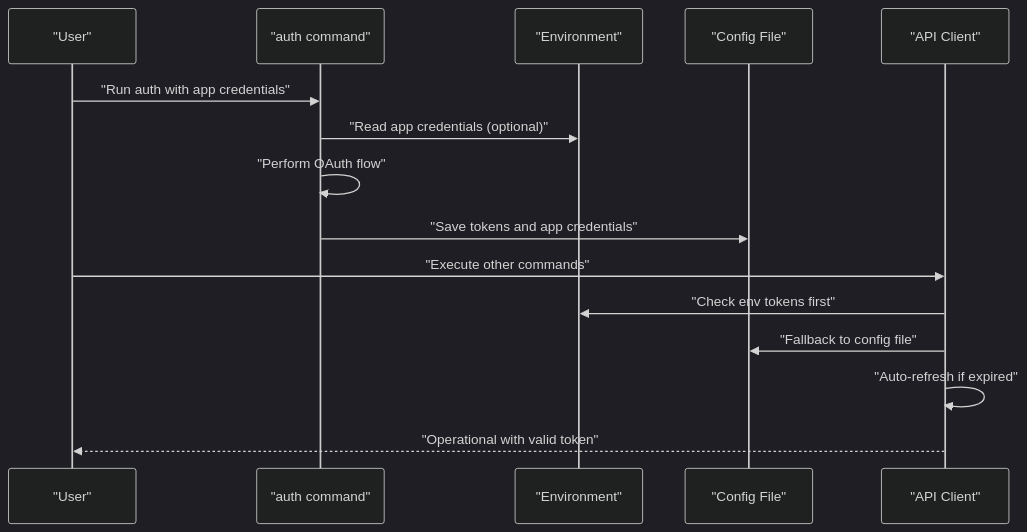
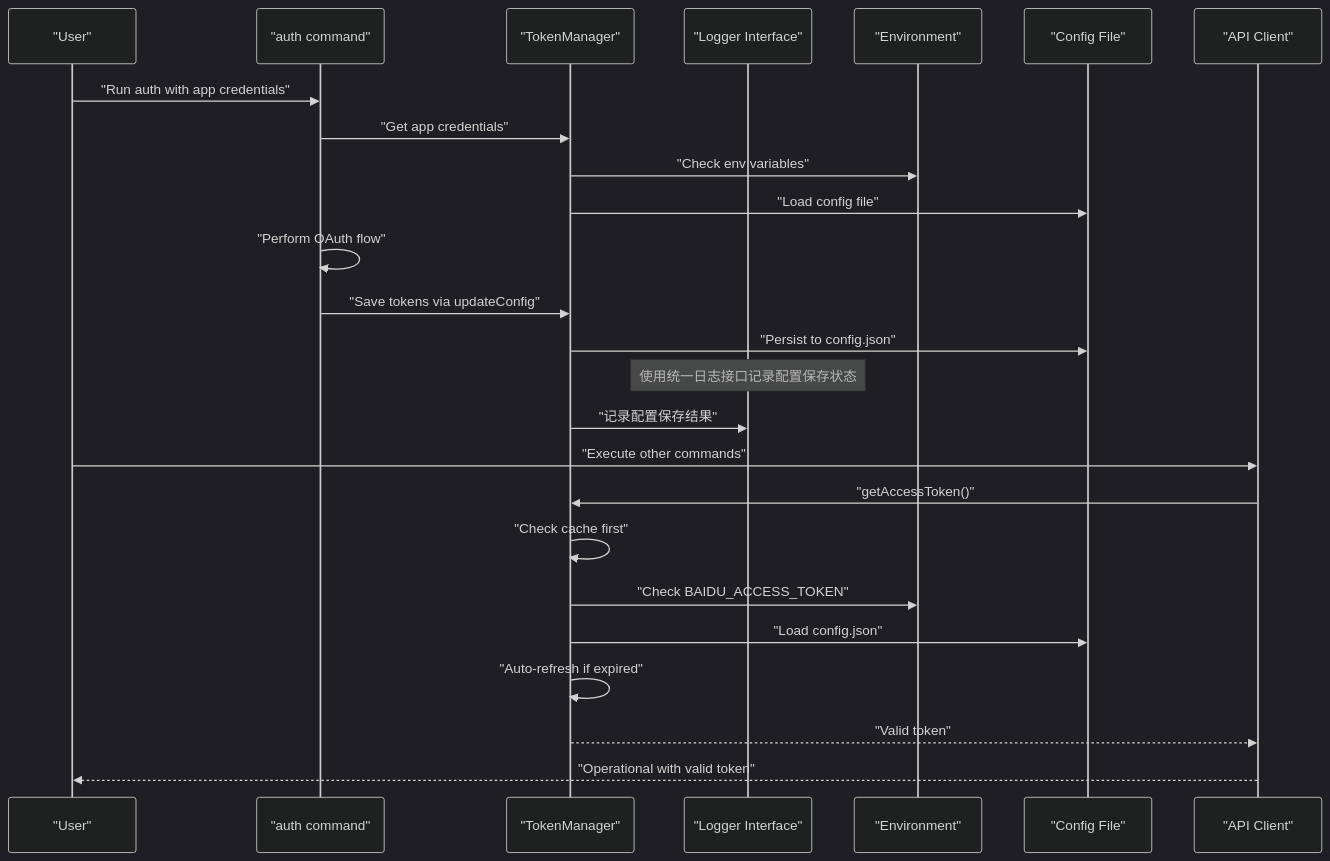
Before and after one commit to yuexiaoliang/baiduwangpan-manager: the second of 9 diagrams in .qoder/repowiki/en/content/Configuration Management/Configuration Management.md, drawn with Mermaid (dark theme). The commit also changed other lines of this file and 30 other files, not shown here.

````diff
--- a/.qoder/repowiki/en/content/Configuration Management/Configuration Management.md
+++ b/.qoder/repowiki/en/content/Configuration Management/Configuration Management.md
@@ -114,17 +157,27 @@
 ```mermaid
 sequenceDiagram
 participant User as "User"
 participant AuthCmd as "auth command"
+participant TokenMgr as "TokenManager"
+participant Logger as "Logger Interface"
 participant Env as "Environment"
 participant Cfg as "Config File"
 participant ApiClient as "API Client"
 User->>AuthCmd : "Run auth with app credentials"
-AuthCmd->>Env : "Read app credentials (optional)"
+AuthCmd->>TokenMgr : "Get app credentials"
+TokenMgr->>Env : "Check env variables"
+TokenMgr->>Cfg : "Load config file"
 AuthCmd->>AuthCmd : "Perform OAuth flow"
-AuthCmd->>Cfg : "Save tokens and app credentials"
+AuthCmd->>TokenMgr : "Save tokens via updateConfig"
+TokenMgr->>Cfg : "Persist to config.json"
+Note over Logger : 使用统一日志接口记录配置保存状态
+TokenMgr->>Logger : "记录配置保存结果"
 User->>ApiClient : "Execute other commands"
-ApiClient->>Env : "Check env tokens first"
-ApiClient->>Cfg : "Fallback to config file"
-ApiClient->>ApiClient : "Auto-refresh if expired"
+ApiClient->>TokenMgr : "getAccessToken()"
+TokenMgr->>TokenMgr : "Check cache first"
+TokenMgr->>Env : "Check BAIDU_ACCESS_TOKEN"
+TokenMgr->>Cfg : "Load config.json"
+TokenMgr->>TokenMgr : "Auto-refresh if expired"
+TokenMgr-->>ApiClient : "Valid token"
 ApiClient-->>User : "Operational with valid token"
 ```
````
